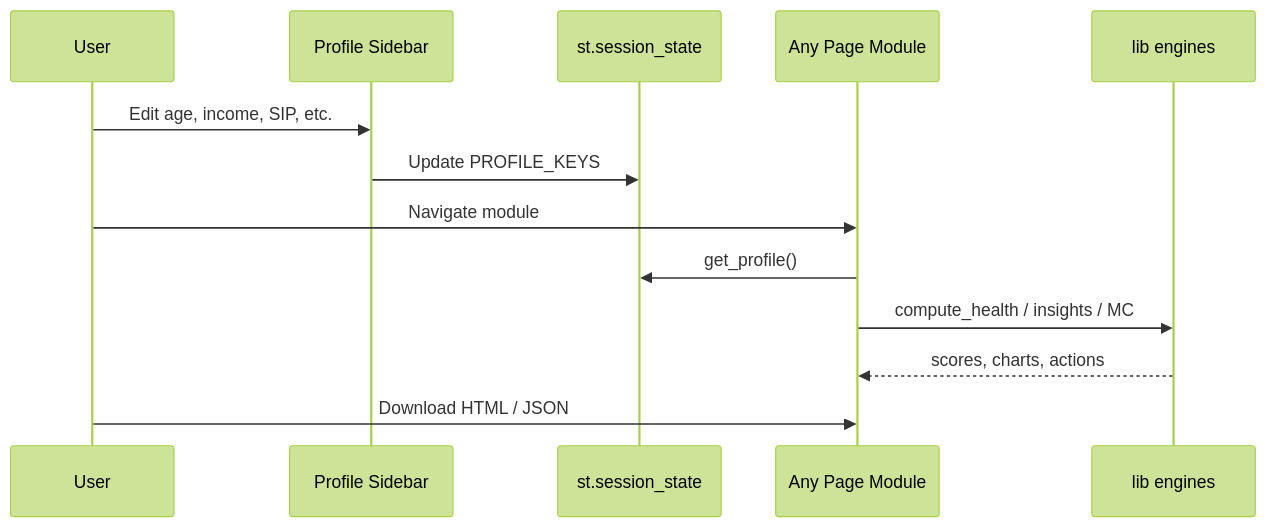
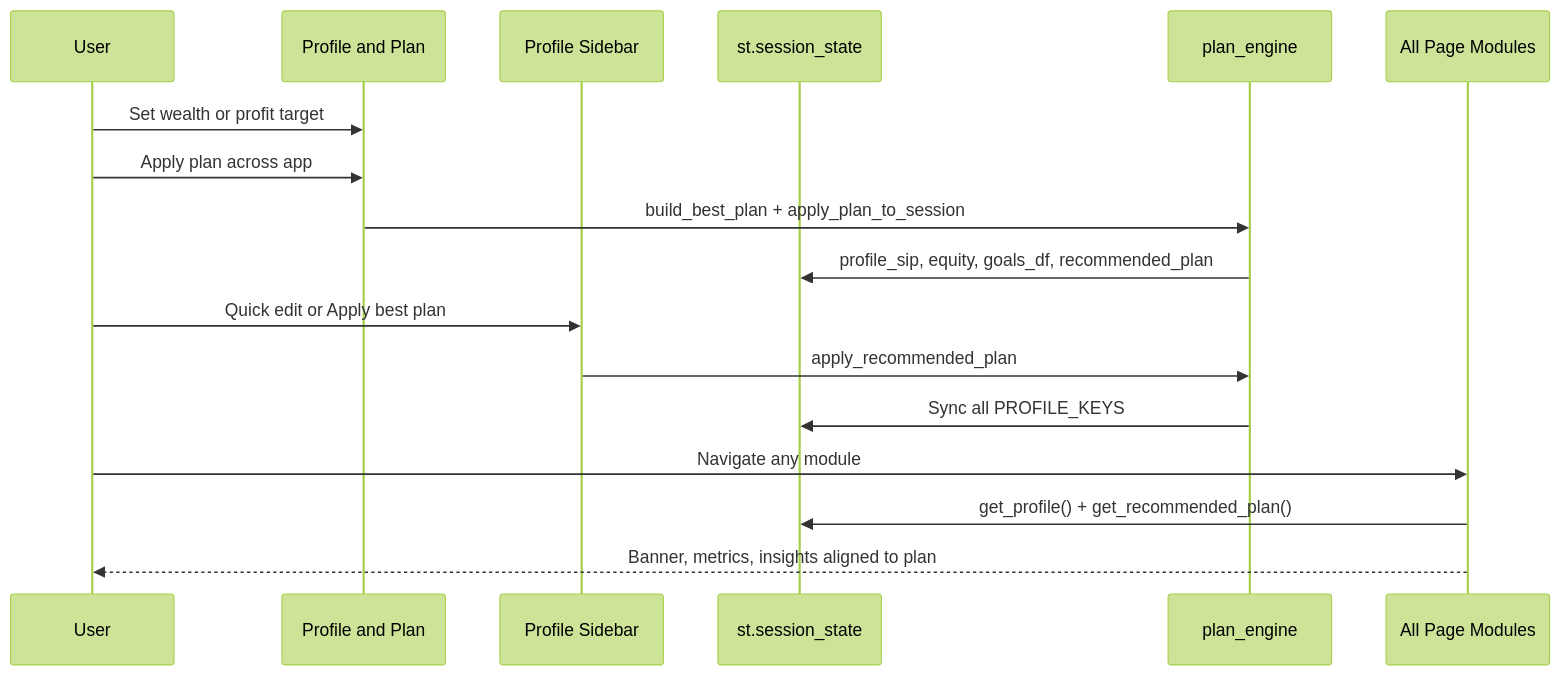
The second of 2 diagrams in PROJECT_DOCUMENTATION.md (Shailsharma2604/Finance-Analytics-Hub), drawn with Mermaid (forest theme) before and after one commit. The commit also changed other lines of this file and 55 other files, not shown here.

````diff
--- a/PROJECT_DOCUMENTATION.md
+++ b/PROJECT_DOCUMENTATION.md
@@ -424,16 +566,20 @@
 ```mermaid
 sequenceDiagram
     participant User
+    participant PlanPage as Profile and Plan
     participant Sidebar as Profile Sidebar
     participant Session as st.session_state
-    participant Pages as Any Page Module
-    participant Engine as lib engines
+    participant PlanEng as plan_engine
+    participant Pages as All Page Modules
 
-    User->>Sidebar: Edit age, income, SIP, etc.
-    Sidebar->>Session: Update PROFILE_KEYS
-    User->>Pages: Navigate module
-    Pages->>Session: get_profile()
-    Pages->>Engine: compute_health / insights / MC
-    Engine-->>Pages: scores, charts, actions
-    User->>Pages: Download HTML / JSON
+    User->>PlanPage: Set wealth or profit target
+    User->>PlanPage: Apply plan across app
+    PlanPage->>PlanEng: build_best_plan + apply_plan_to_session
+    PlanEng->>Session: profile_sip, equity, goals_df, recommended_plan
+    User->>Sidebar: Quick edit or Apply best plan
+    Sidebar->>PlanEng: apply_recommended_plan
+    PlanEng->>Session: Sync all PROFILE_KEYS
+    User->>Pages: Navigate any module
+    Pages->>Session: get_profile() + get_recommended_plan()
+    Pages-->>User: Banner, metrics, insights aligned to plan
 ```
````
